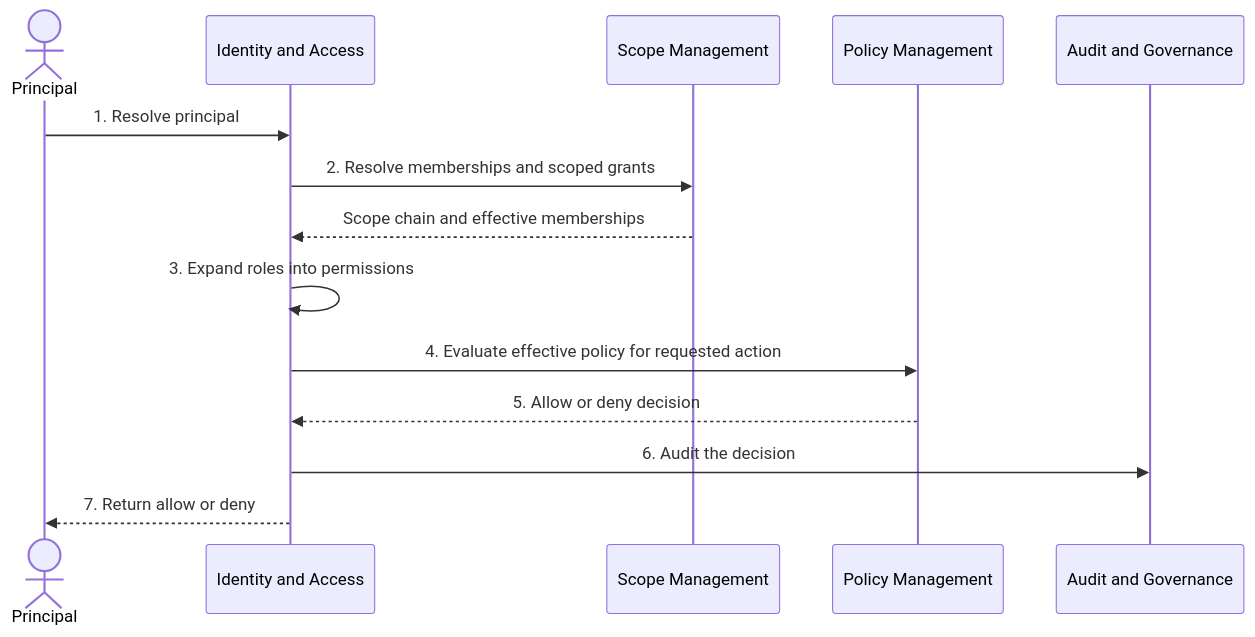
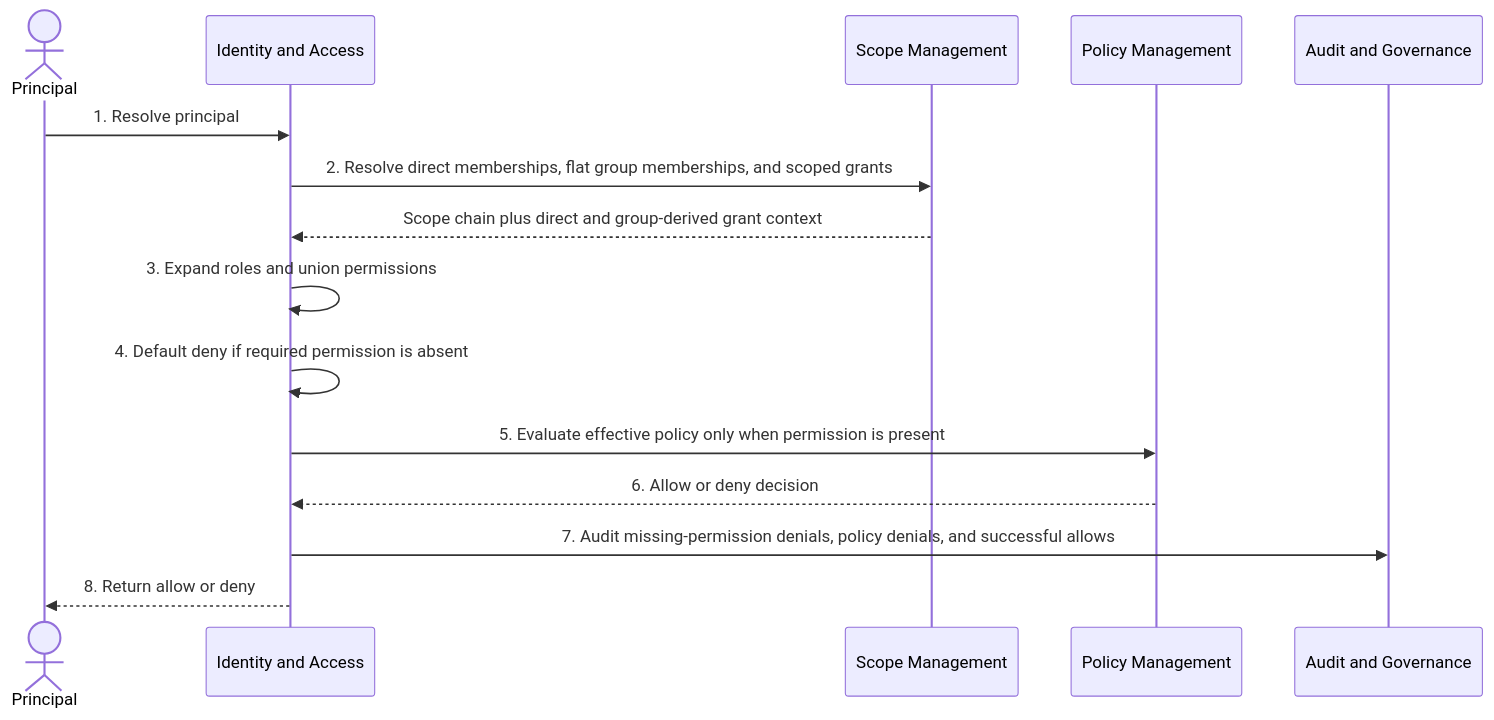
One commit to stefan-karlsson/software-architecture changed the first of 3 diagrams in documentation/arc42/06_runtime_view.adoc. Above: the diagram before and after it, drawn with Mermaid. The commit also changed other lines of this file and 5 other files, not shown here.

```diff
--- a/documentation/arc42/06_runtime_view.adoc
+++ b/documentation/arc42/06_runtime_view.adoc
@@ -11,18 +11,19 @@
 [mermaid, format=svg]
 ....
 sequenceDiagram
   actor Principal
   participant IAM as Identity and Access
   participant Scope as Scope Management
   participant Policy as Policy Management
   participant Audit as Audit and Governance
 
   Principal->>IAM: 1. Resolve principal
-  IAM->>Scope: 2. Resolve memberships and scoped grants
-  Scope-->>IAM: Scope chain and effective memberships
-  IAM->>IAM: 3. Expand roles into permissions
-  IAM->>Policy: 4. Evaluate effective policy for requested action
-  Policy-->>IAM: 5. Allow or deny decision
-  IAM->>Audit: 6. Audit the decision
-  IAM-->>Principal: 7. Return allow or deny
+  IAM->>Scope: 2. Resolve direct memberships, flat group memberships, and scoped grants
+  Scope-->>IAM: Scope chain plus direct and group-derived grant context
+  IAM->>IAM: 3. Expand roles and union permissions
+  IAM->>IAM: 4. Default deny if required permission is absent
+  IAM->>Policy: 5. Evaluate effective policy only when permission is present
+  Policy-->>IAM: 6. Allow or deny decision
+  IAM->>Audit: 7. Audit missing-permission denials, policy denials, and successful allows
+  IAM-->>Principal: 8. Return allow or deny
 ....
```
